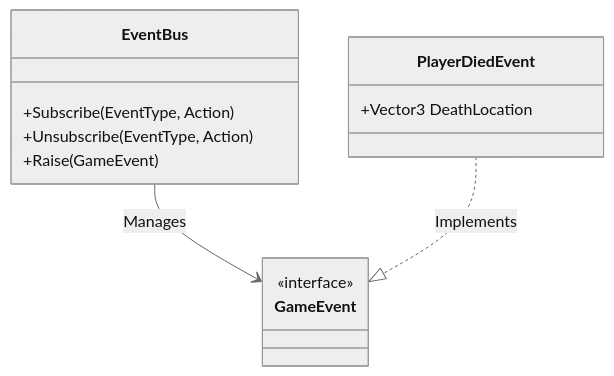
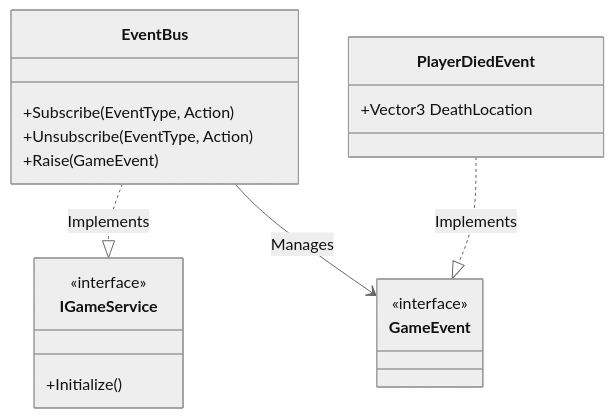
The diagram in docs/soul-hunter/architecture/event-bus.md (RajivPandey3/SHRS-Standards), drawn with Mermaid (neutral theme) before and after one commit. The commit also changed 17 other files, not shown here.

Commit message:
M1-M4: Complete Architecture Docs and Milestones update

````diff
--- a/docs/soul-hunter/architecture/event-bus.md
+++ b/docs/soul-hunter/architecture/event-bus.md
@@ -11,17 +11,22 @@
 ```mermaid
 classDiagram
+    class IGameService {
+        <<interface>>
+        +Initialize()
+    }
     class EventBus {
         +Subscribe(EventType, Action)
         +Unsubscribe(EventType, Action)
         +Raise(GameEvent)
     }
     class GameEvent {
         <<interface>>
     }
     class PlayerDiedEvent {
         +Vector3 DeathLocation
     }
     
+    EventBus ..|> IGameService : Implements
     EventBus --> GameEvent : Manages
     PlayerDiedEvent ..|> GameEvent : Implements
 ```
````
